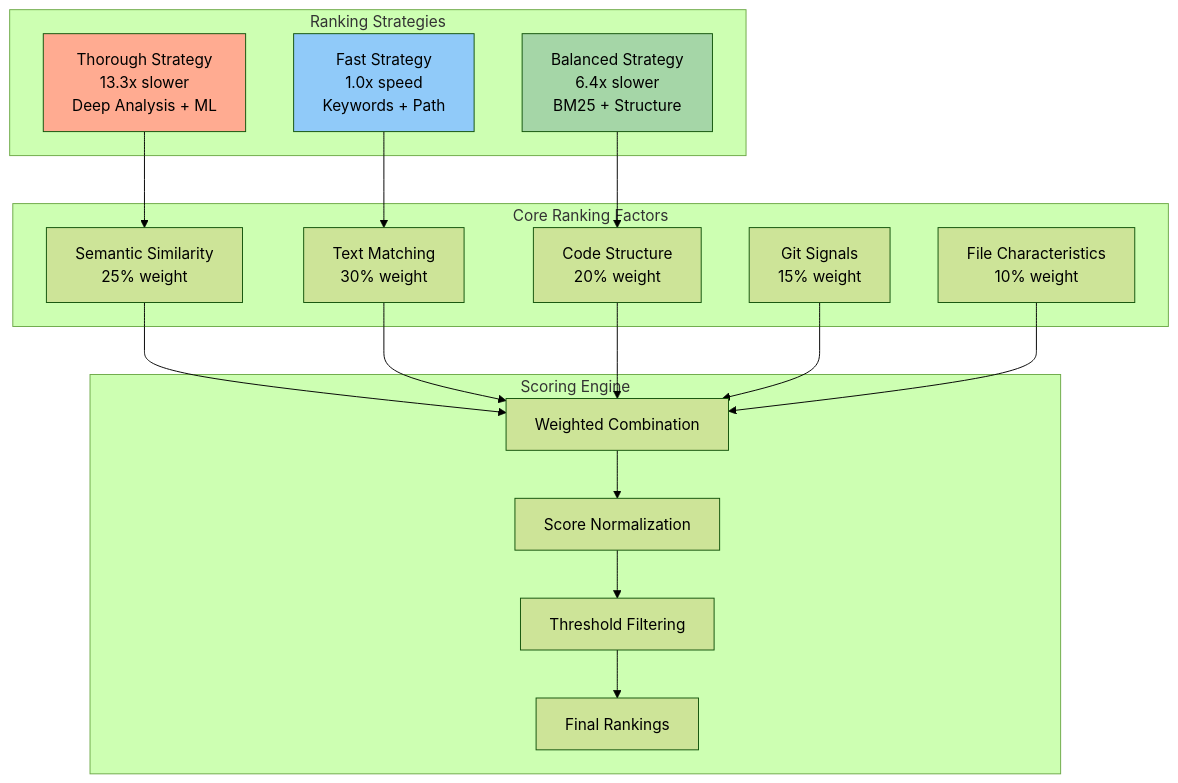
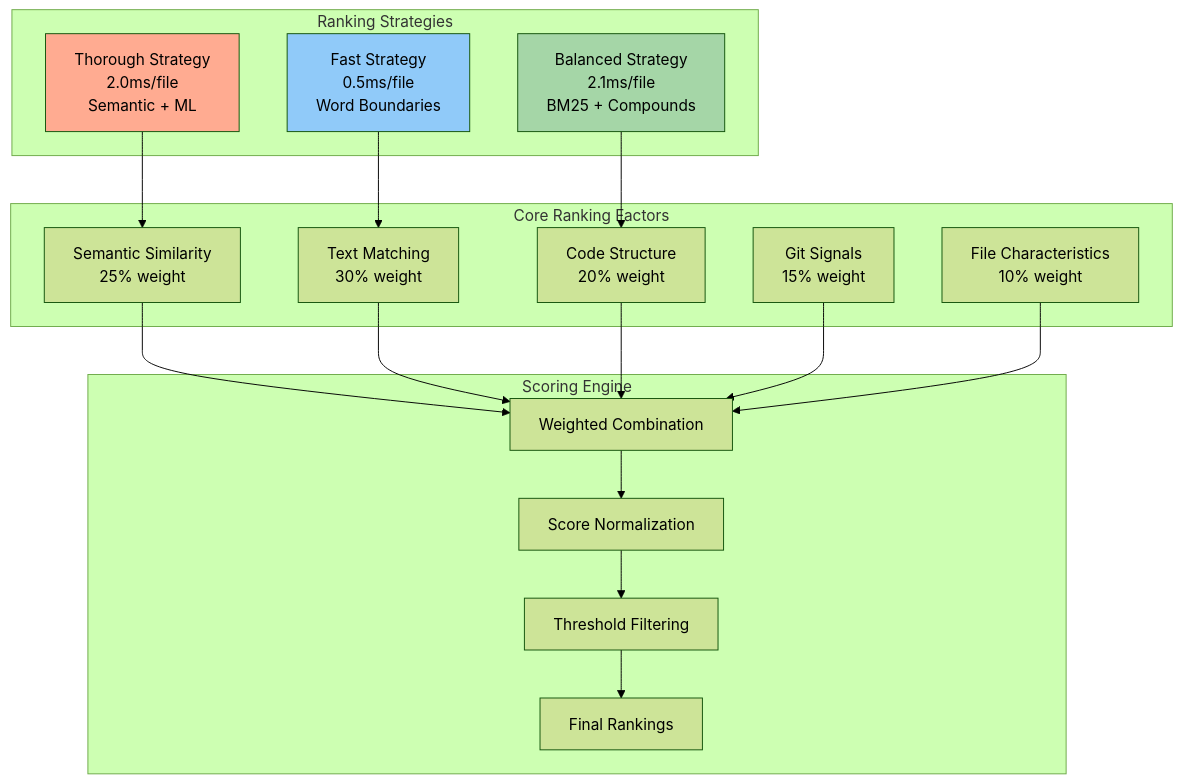
The fifth of 11 diagrams in docs/architecture/core_systems.md (jddunn/tenets), drawn with Mermaid (forest theme) before and after one commit. The commit also changed other lines of this file and 28 other files, not shown here.

Commit message:
feat: total revamp of analysis modes for fast vs balanced, fully working embeddings, update docs / tests

````diff
--- a/docs/architecture/core_systems.md
+++ b/docs/architecture/core_systems.md
@@ -289,41 +367,41 @@
 ```mermaid
 graph TD
     subgraph "Ranking Strategies"
-        FAST[Fast Strategy<br/>1.0x speed<br/>Keywords + Path]
-        BALANCED[Balanced Strategy<br/>6.4x slower<br/>BM25 + Structure]
-        THOROUGH[Thorough Strategy<br/>13.3x slower<br/>Deep Analysis + ML]
+        FAST[Fast Strategy<br/>0.5ms/file<br/>Word Boundaries]
+        BALANCED[Balanced Strategy<br/>2.1ms/file<br/>BM25 + Compounds]
+        THOROUGH[Thorough Strategy<br/>2.0ms/file<br/>Semantic + ML]
     end
 
     subgraph "Core Ranking Factors"
         SEM[Semantic Similarity<br/>25% weight]
         TEXT[Text Matching<br/>30% weight]
         STRUCT[Code Structure<br/>20% weight]
         GIT[Git Signals<br/>15% weight]
         FILE[File Characteristics<br/>10% weight]
     end
 
     subgraph "Scoring Engine"
         COMBINE[Weighted Combination]
         NORMALIZE[Score Normalization]
         FILTER[Threshold Filtering]
         RANK[Final Rankings]
     end
 
     FAST --> TEXT
     BALANCED --> STRUCT
     THOROUGH --> SEM
 
     SEM --> COMBINE
     TEXT --> COMBINE
     STRUCT --> COMBINE
     GIT --> COMBINE
     FILE --> COMBINE
 
     COMBINE --> NORMALIZE
     NORMALIZE --> FILTER
     FILTER --> RANK
 
     style FAST fill:#90caf9
     style BALANCED fill:#a5d6a7
     style THOROUGH fill:#ffab91
 ```
````
